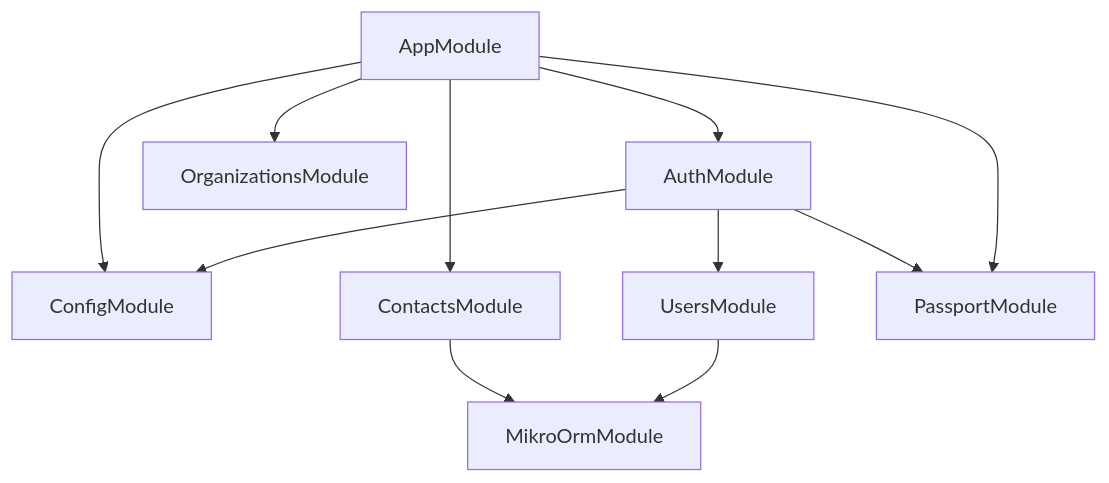
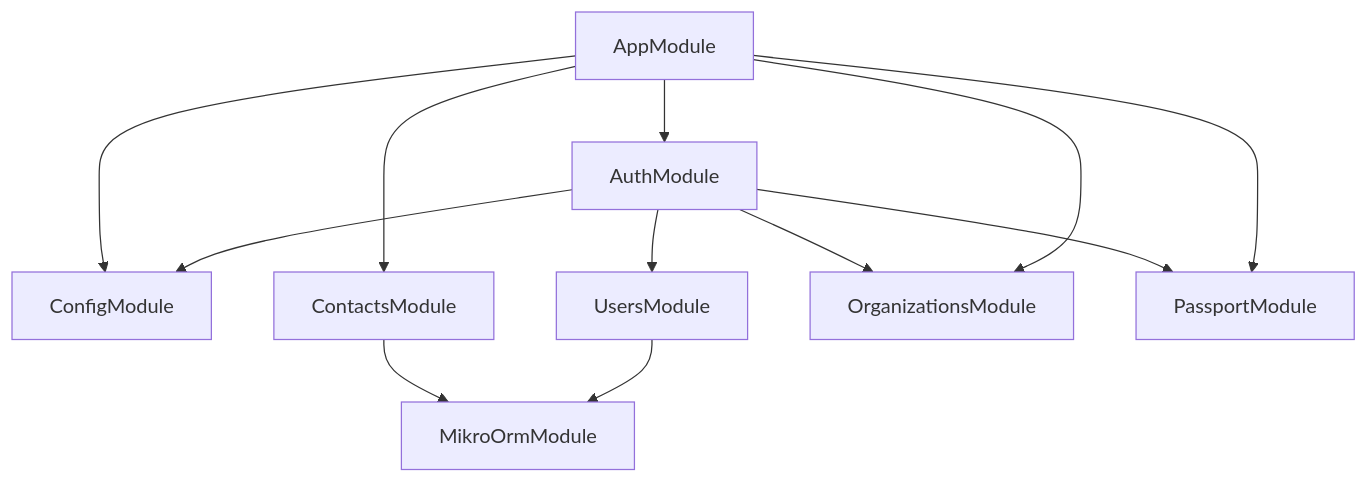
The diagram in docs/DependencyGraph.md (gpo/grassroots), drawn with Mermaid before and after one commit. The commit also changed 14 other files, not shown here.

````diff
--- a/docs/DependencyGraph.md
+++ b/docs/DependencyGraph.md
@@ -1,13 +1,14 @@
 ```mermaid
 graph TD
   AppModule-->ConfigModule
 AppModule-->ContactsModule
 ContactsModule-->MikroOrmModule
 AppModule-->AuthModule
 AuthModule-->UsersModule
 UsersModule-->MikroOrmModule
+AuthModule-->OrganizationsModule
 AuthModule-->PassportModule
 AuthModule-->ConfigModule
 AppModule-->PassportModule
 AppModule-->OrganizationsModule
 ```
````
